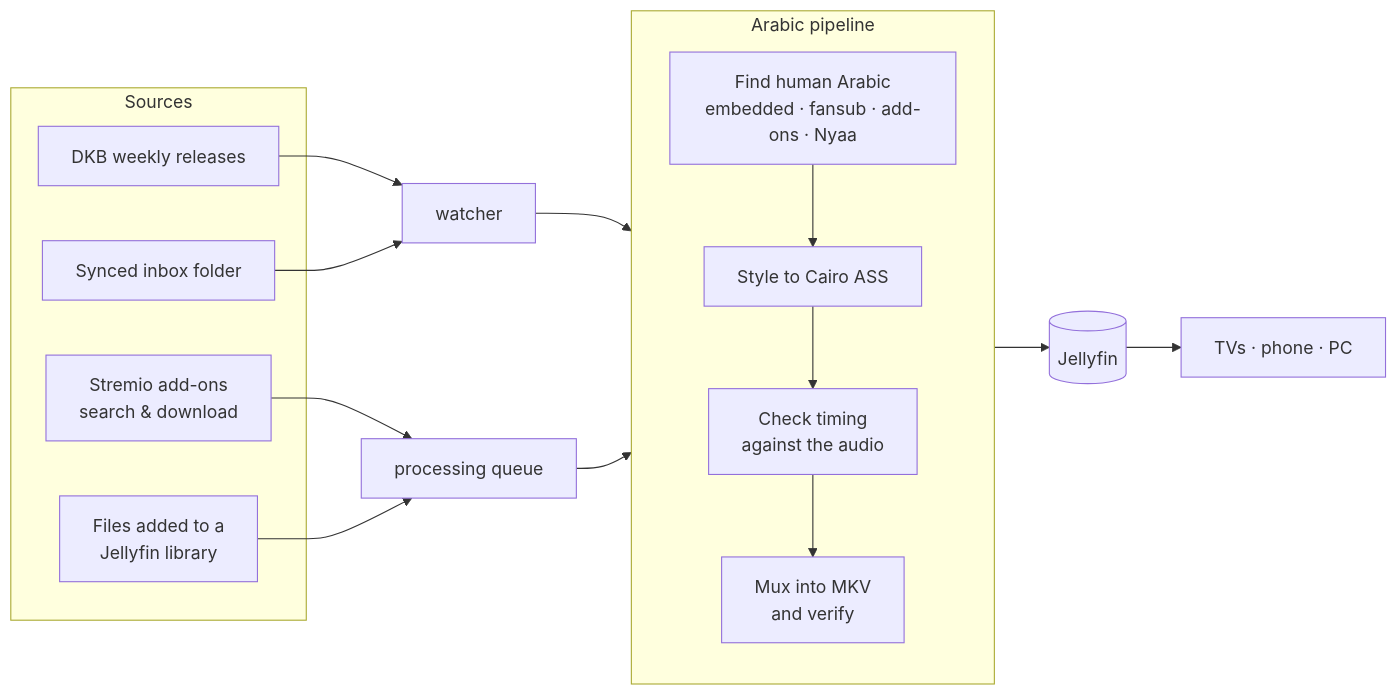
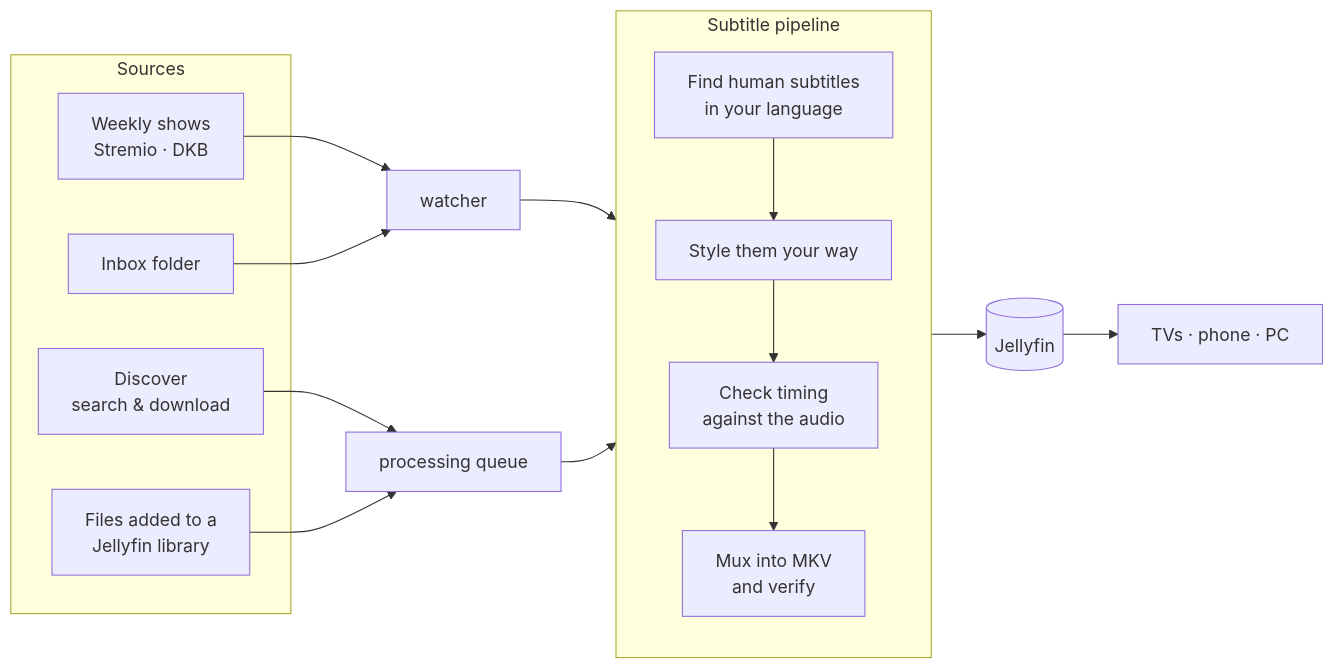
The diagram in README.md (mw4z/Kizuna), drawn with Mermaid before and after one commit. The commit also changed other lines of this file and 8 other files, not shown here.

````diff
--- a/README.md
+++ b/README.md
@@ -42,23 +110,23 @@
 ```mermaid
 flowchart LR
     subgraph Sources
-        A[DKB weekly releases]
-        B[Synced inbox folder]
-        C[Stremio add-ons<br/>search & download]
+        A[Weekly shows<br/>Stremio · DKB]
+        B[Inbox folder]
+        C[Discover<br/>search & download]
         D[Files added to a<br/>Jellyfin library]
     end
     A --> W[watcher]
     B --> W
     W --> P
     C --> Q[processing queue]
     D --> Q
     Q --> P
-    subgraph P[Arabic pipeline]
+    subgraph P[Subtitle pipeline]
         direction TB
-        P1[Find human Arabic<br/>embedded · fansub · add-ons · Nyaa] --> P2[Style to Cairo ASS]
+        P1[Find human subtitles<br/>in your language] --> P2[Style them your way]
         P2 --> P3[Check timing<br/>against the audio]
         P3 --> P4[Mux into MKV<br/>and verify]
     end
     P --> J[(Jellyfin)]
     J --> T[TVs · phone · PC]
 ```
````
